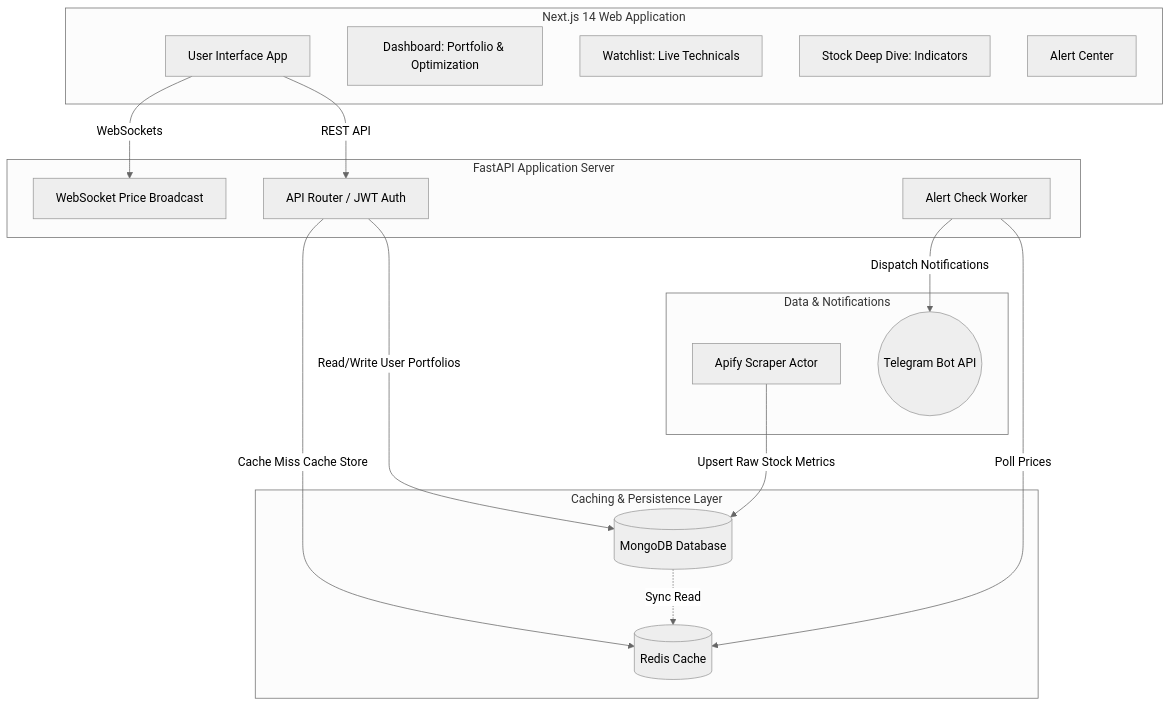
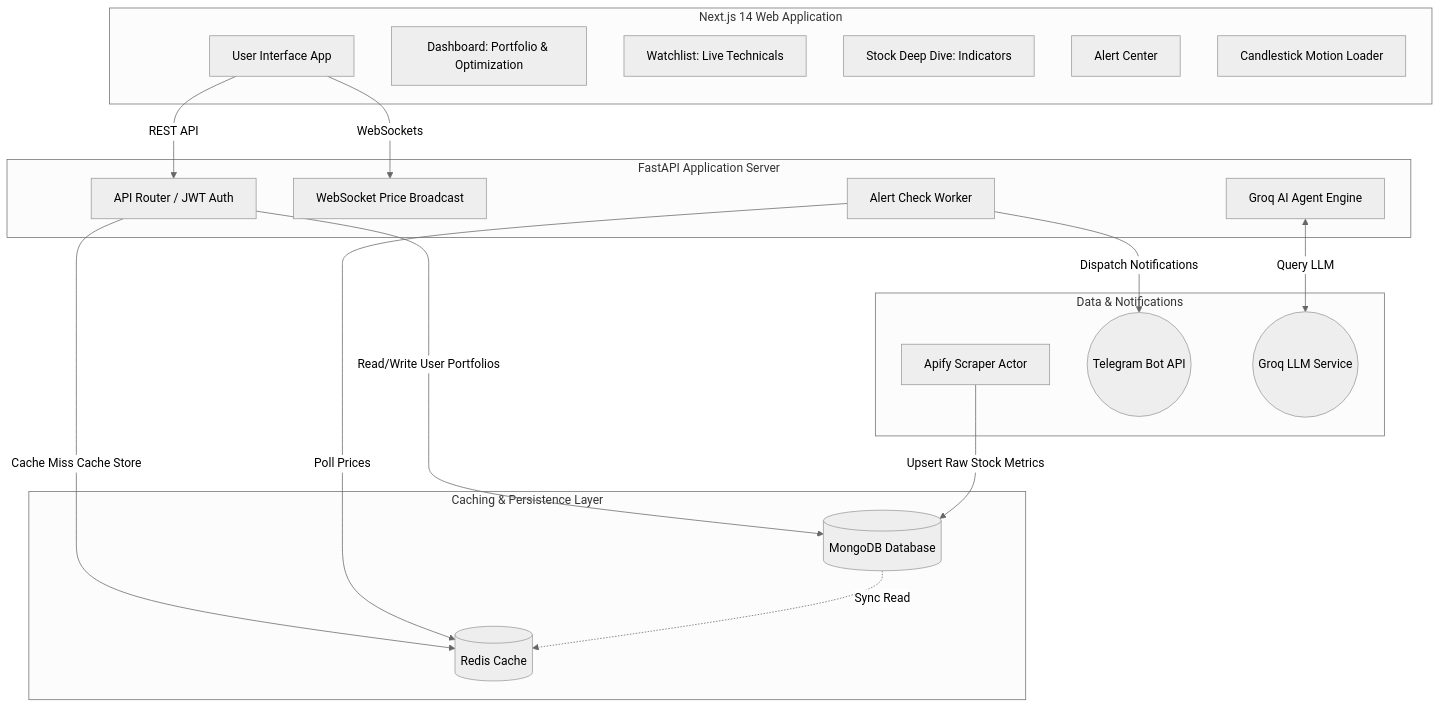
One commit to UjjwalSaini07/Stock-Sentinel changed the first of 2 diagrams in README.md. Above: the diagram before and after it, drawn with Mermaid (neutral theme). The commit also changed other lines of this file and 4 other files, not shown here.

````diff
--- a/README.md
+++ b/README.md
@@ -13,35 +15,39 @@
 ```mermaid
 graph TD
     subgraph Frontend [Next.js 14 Web Application]
         FE[User Interface App]
         FE_D[Dashboard: Portfolio & Optimization]
         FE_W[Watchlist: Live Technicals]
         FE_S[Stock Deep Dive: Indicators]
         FE_A[Alert Center]
+      	FE_L[Candlestick Motion Loader]
     end
 
     subgraph Backend [FastAPI Application Server]
         BE[API Router / JWT Auth]
         BE_WS[WebSocket Price Broadcast]
         BE_AC[Alert Check Worker]
+        BE_AI[Groq AI Agent Engine]
     end
 
     subgraph Storage [Caching & Persistence Layer]
         MG[(MongoDB Database)]
         RD[(Redis Cache)]
     end
 
     subgraph External [Data & Notifications]
         AP[Apify Scraper Actor]
         TG((Telegram Bot API))
+        GQ((Groq LLM Service))
     end
 
     FE -->|REST API| BE
     FE -->|WebSockets| BE_WS
     BE -->|Read/Write User Portfolios| MG
     BE -->|Cache Miss Cache Store| RD
     BE_AC -->|Poll Prices| RD
     BE_AC -->|Dispatch Notifications| TG
+    BE_AI <-->|Query LLM| GQ
     AP -->|Upsert Raw Stock Metrics| MG
     MG -.->|Sync Read| RD
 ```
````
